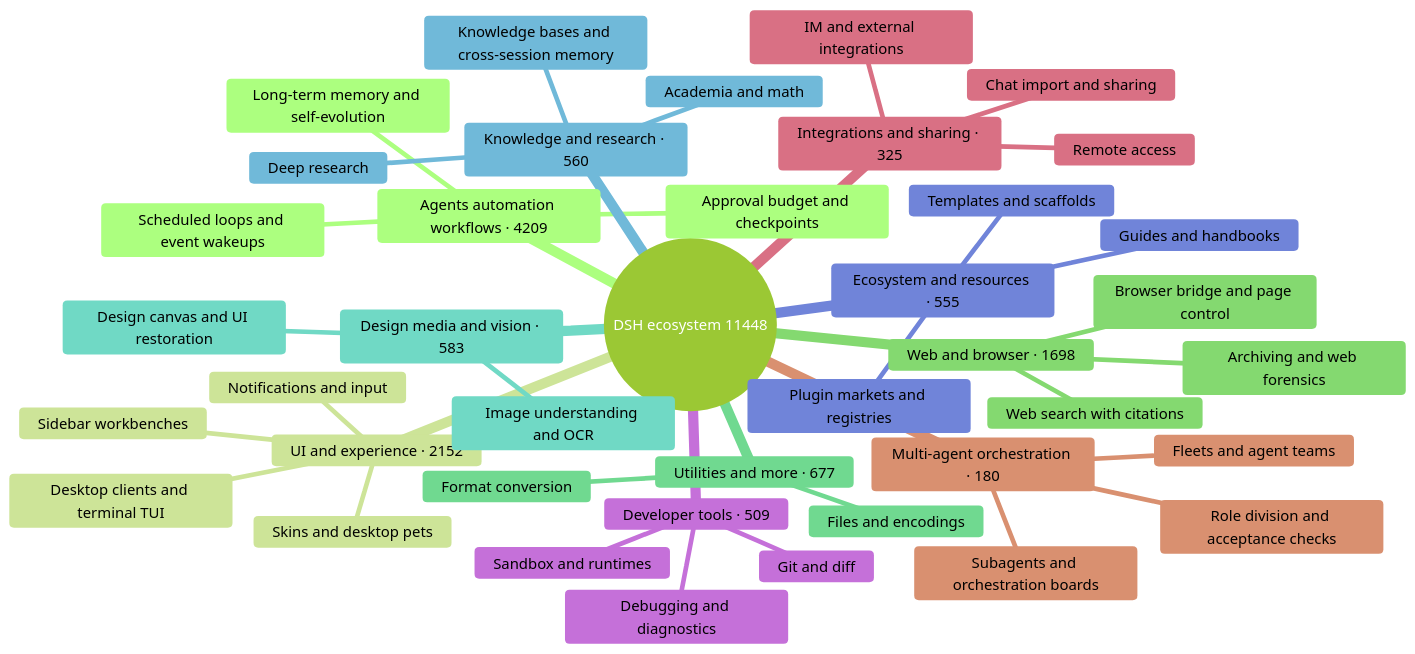
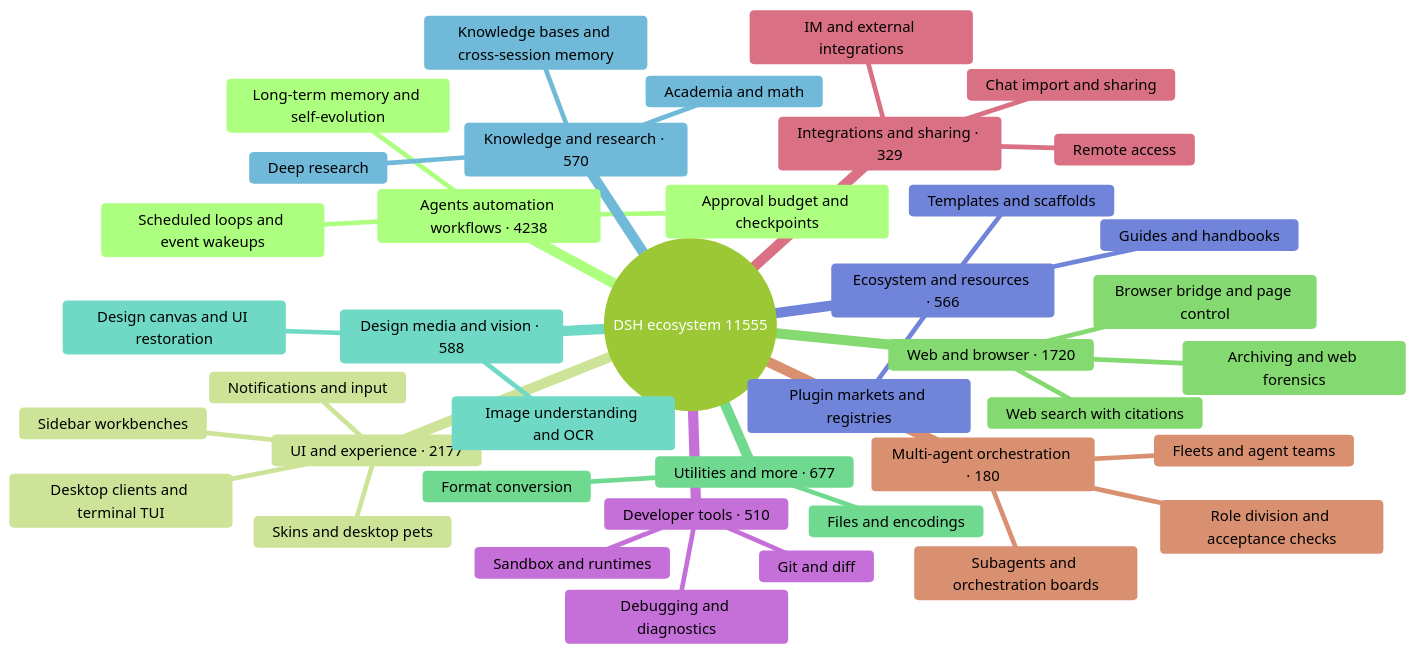
The diagram in README_EN.md (bruc3van/awesome-dsh-plugin), drawn with Mermaid (forest theme) before and after one commit. The commit also changed other lines of this file and 21 other files, not shown here.

````diff
--- a/README_EN.md
+++ b/README_EN.md
@@ -33,43 +33,43 @@
 ```mermaid
 mindmap
-  root((DSH ecosystem 11448))
-    Agents automation workflows · 4209
+  root((DSH ecosystem 11555))
+    Agents automation workflows · 4238
       Scheduled loops and event wakeups
       Long-term memory and self-evolution
       Approval budget and checkpoints
-    UI and experience · 2152
+    UI and experience · 2177
       Desktop clients and terminal TUI
       Sidebar workbenches
       Skins and desktop pets
       Notifications and input
-    Web and browser · 1698
+    Web and browser · 1720
       Browser bridge and page control
       Web search with citations
       Archiving and web forensics
     Utilities and more · 677
       Files and encodings
       Format conversion
-    Design media and vision · 583
+    Design media and vision · 588
       Image understanding and OCR
       Design canvas and UI restoration
-    Knowledge and research · 560
+    Knowledge and research · 570
       Knowledge bases and cross-session memory
       Deep research
       Academia and math
-    Ecosystem and resources · 555
+    Ecosystem and resources · 566
       Plugin markets and registries
       Templates and scaffolds
       Guides and handbooks
-    Developer tools · 509
+    Developer tools · 510
       Git and diff
       Sandbox and runtimes
       Debugging and diagnostics
-    Integrations and sharing · 325
+    Integrations and sharing · 329
       Chat import and sharing
       Remote access
       IM and external integrations
     Multi-agent orchestration · 180
       Subagents and orchestration boards
       Fleets and agent teams
       Role division and acceptance checks
 ```
````
